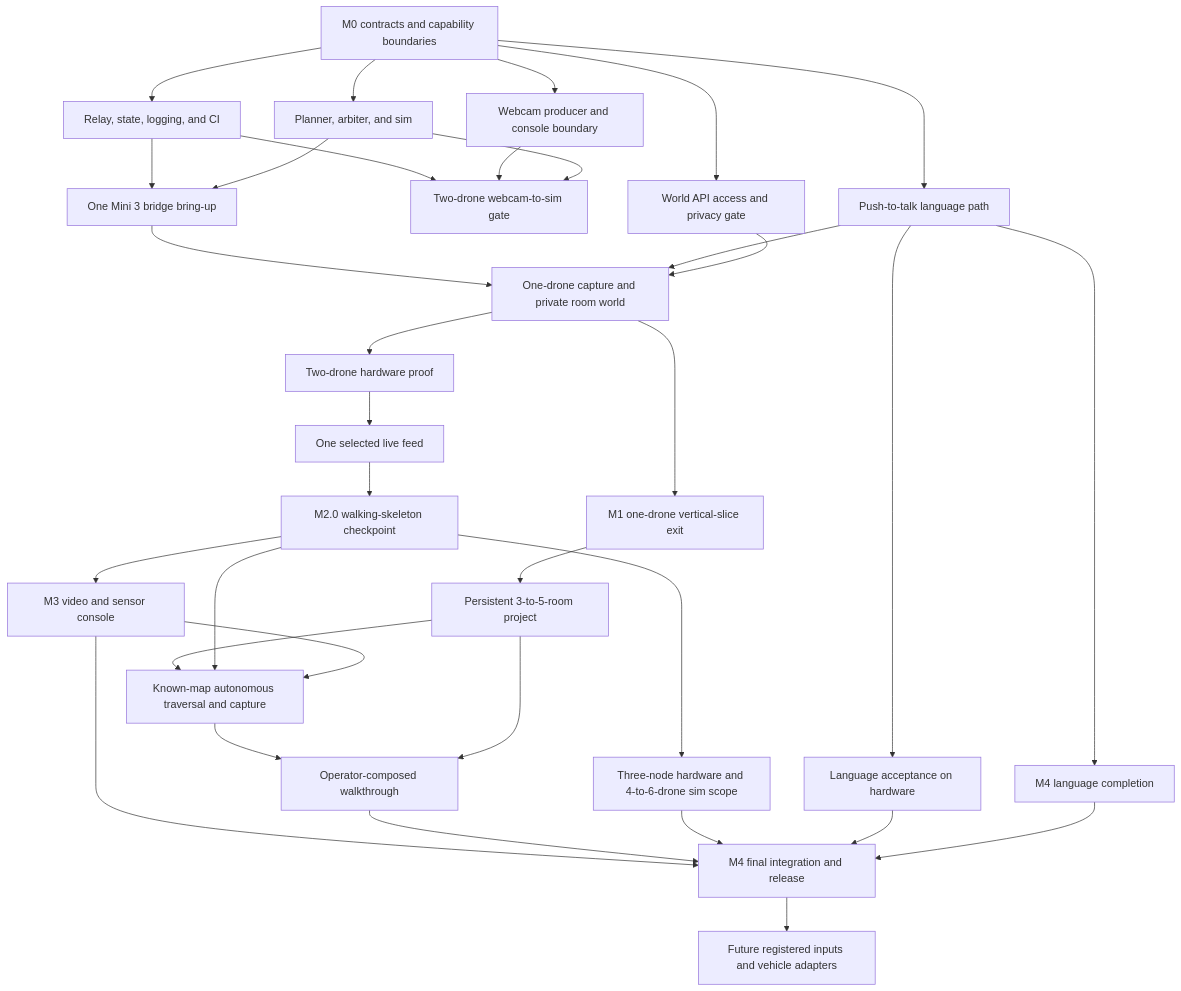
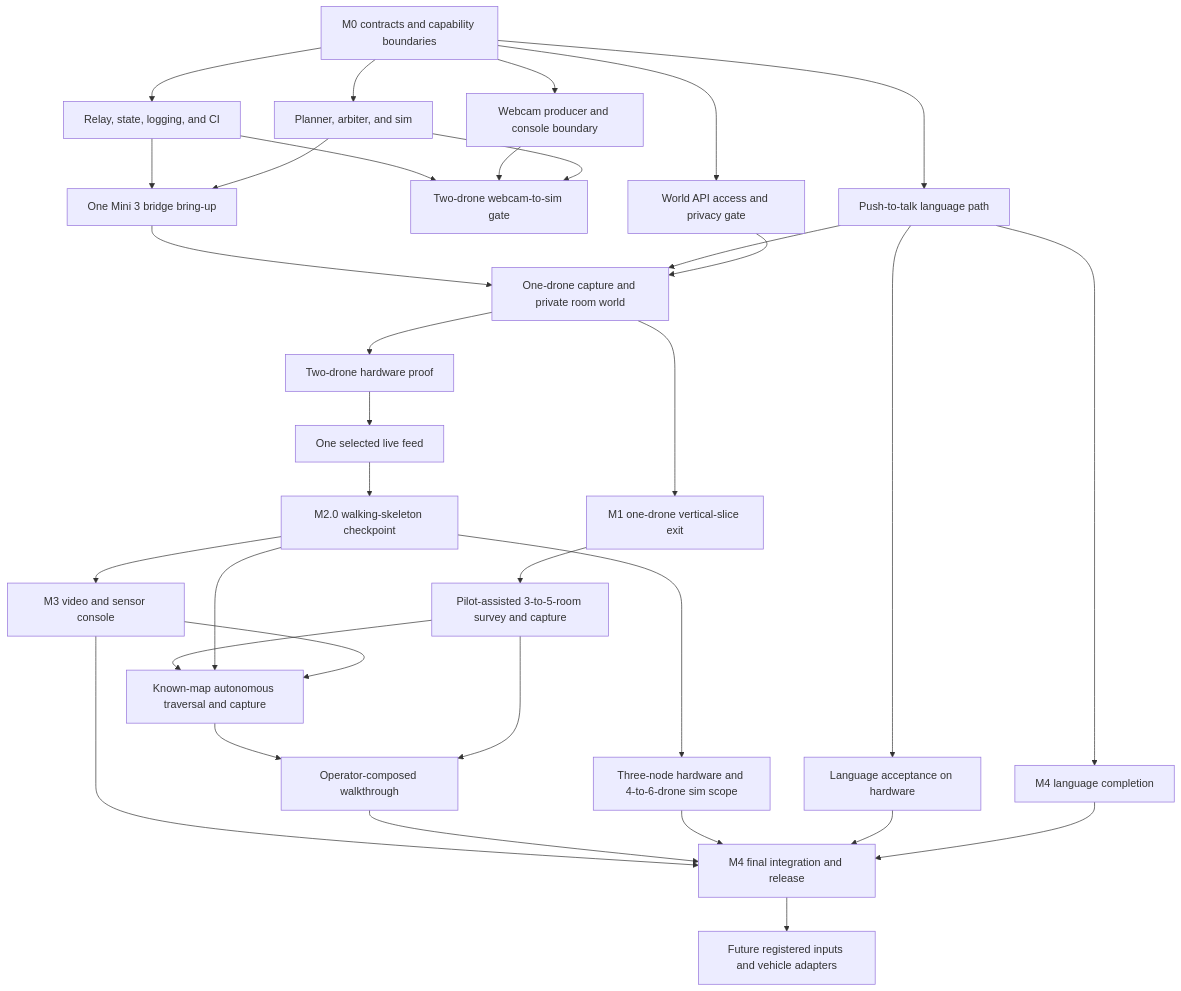
The diagram in docs/mvp-plan.md (worldofhacks/sweep), drawn with Mermaid before and after one commit. The commit also changed other lines of this file and 2 other files, not shown here.

Commit message:
docs: stage pilot-assisted room survey

````diff
--- a/docs/mvp-plan.md
+++ b/docs/mvp-plan.md
@@ -11,36 +11,36 @@
 ```mermaid
 flowchart TD
     m0[M0 contracts and capability boundaries] --> relay[Relay, state, logging, and CI]
     m0 --> worldapi[World API access and privacy gate]
     m0 --> webcam[Webcam producer and console boundary]
     m0 --> autonomy[Planner, arbiter, and sim]
     relay --> simgate[Two-drone webcam-to-sim gate]
     webcam --> simgate
     autonomy --> simgate
     m0 --> speech[Push-to-talk language path]
     relay --> bridge[One Mini 3 bridge bring-up]
     autonomy --> bridge
     bridge --> hw1[One-drone capture and private room world]
     speech --> hw1
     worldapi --> hw1
     hw1 --> m1[M1 one-drone vertical-slice exit]
-    m1 --> rooms[Persistent 3-to-5-room project]
+    m1 --> rooms[Pilot-assisted 3-to-5-room survey and capture]
     hw1 --> hw2[Two-drone hardware proof]
     hw2 --> feed[One selected live feed]
     feed --> m20[M2.0 walking-skeleton checkpoint]
     m20 --> scale[Three-node hardware and 4-to-6-drone sim scope]
     m20 --> video[M3 video and sensor console]
     rooms --> knownmap[Known-map autonomous traversal and capture]
     m20 --> knownmap
     video --> knownmap
     speech --> hwlang[Language acceptance on hardware]
     speech --> langfull[M4 language completion]
     knownmap --> compose[Operator-composed walkthrough]
     rooms --> compose
     video --> release[M4 final integration and release]
     compose --> release
     scale --> release
     hwlang --> release
     langfull --> release
     release --> future[Future registered inputs and vehicle adapters]
 ```
````
